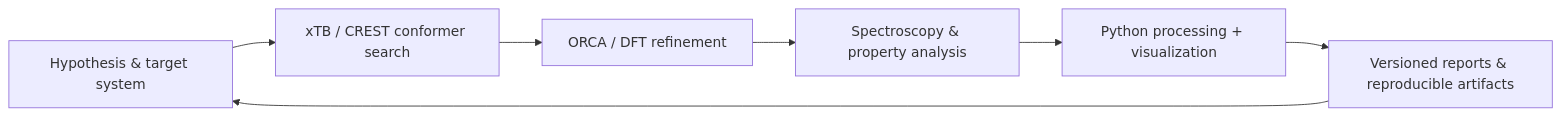
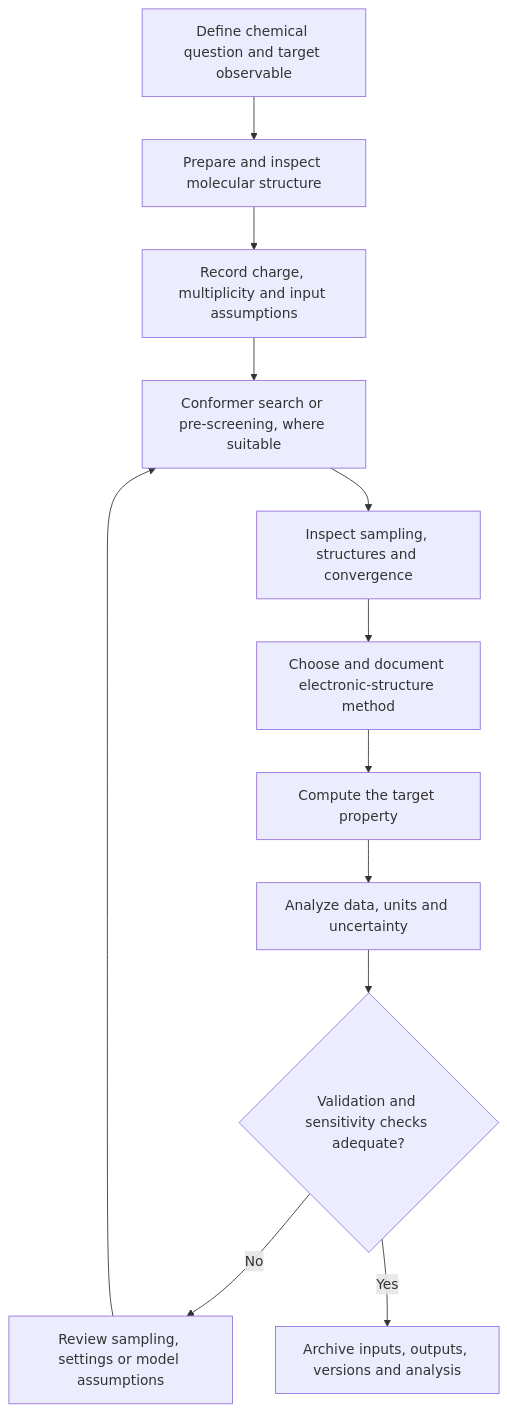
One commit to asifverse4/asifverse4 changed the diagram in README.md. Above: the diagram before and after it, drawn with Mermaid. The commit also changed other lines of this file, not shown here.

````diff
--- a/README.md
+++ b/README.md
@@ -65,9 +109,14 @@
 ```mermaid
-flowchart LR
-    A[Hypothesis & target system] --> B[xTB / CREST conformer search]
-    B --> C[ORCA / DFT refinement]
-    C --> D[Spectroscopy & property analysis]
-    D --> E[Python processing + visualization]
-    E --> F[Versioned reports & reproducible artifacts]
-    F --> A
+flowchart TD
+    A[Define chemical question and target observable] --> B[Prepare and inspect molecular structure]
+    B --> C[Record charge, multiplicity and input assumptions]
+    C --> D[Conformer search or pre-screening, where suitable]
+    D --> E[Inspect sampling, structures and convergence]
+    E --> F[Choose and document electronic-structure method]
+    F --> G[Compute the target property]
+    G --> H[Analyze data, units and uncertainty]
+    H --> I{Validation and sensitivity checks adequate?}
+    I -- No --> J[Review sampling, settings or model assumptions]
+    J --> D
+    I -- Yes --> K[Archive inputs, outputs, versions and analysis]
 ```
````
